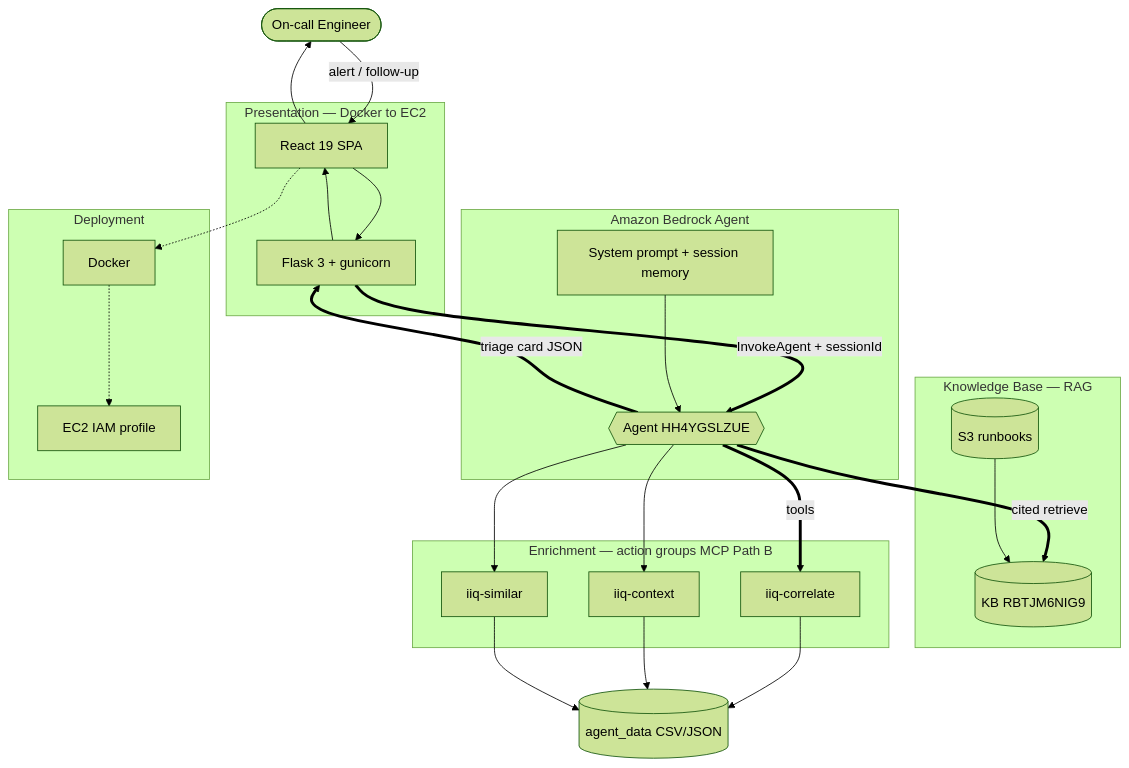
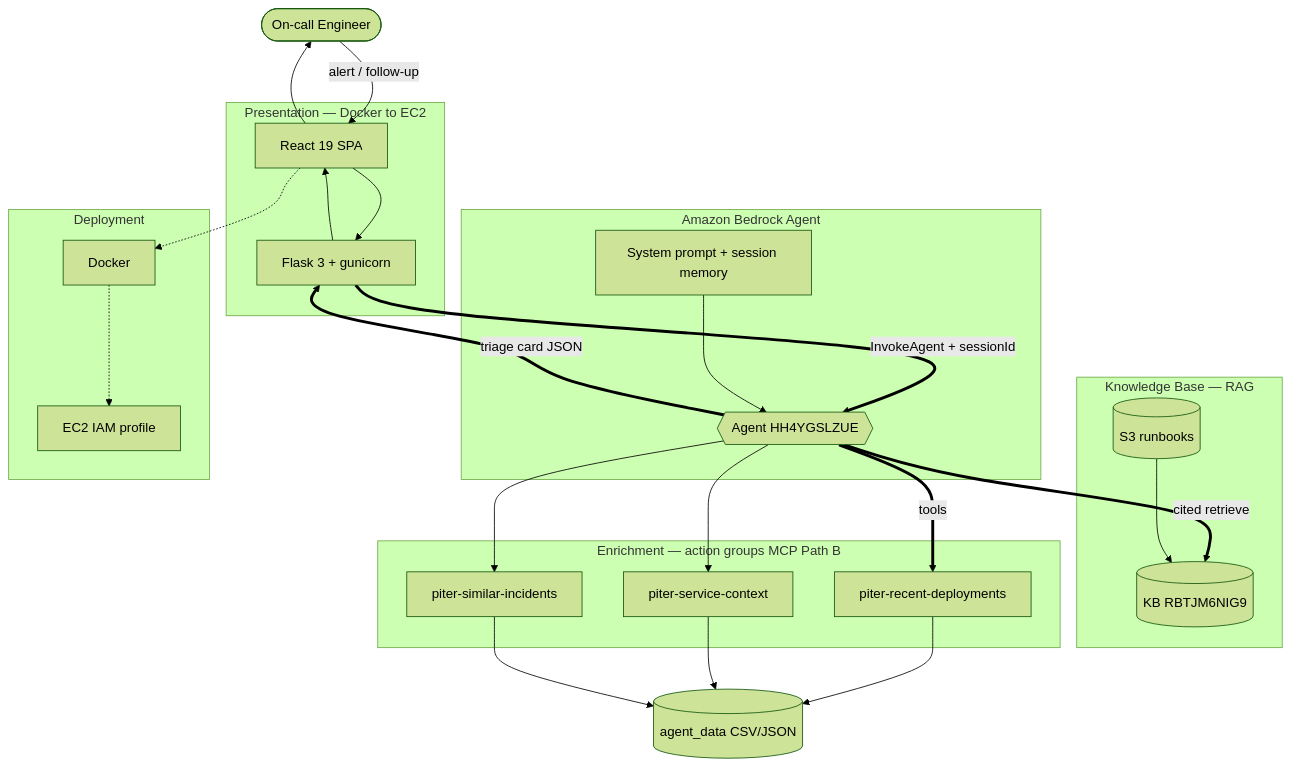
Before and after one commit to reem-mor/ai-engineering-portfolio: the diagram in projects/piter-aiops/README.md, drawn with Mermaid (forest theme). The commit also changed other lines of this file and 7 other files, not shown here.

````diff
--- a/projects/piter-aiops/README.md
+++ b/projects/piter-aiops/README.md
@@ -263,50 +263,50 @@
 ```mermaid
 flowchart TB
     user(["On-call Engineer"])
 
     subgraph UI["Presentation — Docker to EC2"]
         spa["React 19 SPA"]
         flask["Flask 3 + gunicorn"]
     end
 
     subgraph Agent["Amazon Bedrock Agent"]
         inst["System prompt + session memory"]
         bedrock{{"Agent HH4YGSLZUE"}}
     end
 
     subgraph KBox["Knowledge Base — RAG"]
         kb[("KB RBTJM6NIG9")]
         s3[("S3 runbooks")]
     end
 
     subgraph Tools["Enrichment — action groups MCP Path B"]
-        l1["iiq-correlate"]
-        l2["iiq-context"]
-        l3["iiq-similar"]
+        l1["piter-recent-deployments"]
+        l2["piter-service-context"]
+        l3["piter-similar-incidents"]
     end
 
     data[("agent_data CSV/JSON")]
 
     subgraph INFRA["Deployment"]
         docker["Docker"]
         ec2["EC2 IAM profile"]
     end
 
     user -->|"alert / follow-up"| spa
     spa --> flask
     flask ==>|"InvokeAgent + sessionId"| bedrock
     inst --> bedrock
     bedrock ==>|"cited retrieve"| kb
     s3 --> kb
     bedrock ==>|"tools"| l1
     bedrock --> l2
     bedrock --> l3
     l1 --> data
     l2 --> data
     l3 --> data
     bedrock ==>|"triage card JSON"| flask
     flask --> spa
     spa --> user
     spa -.-> docker
     docker -.-> ec2
 ```
````
